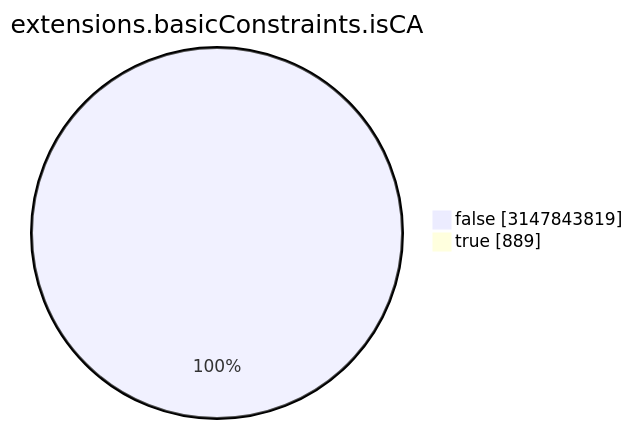
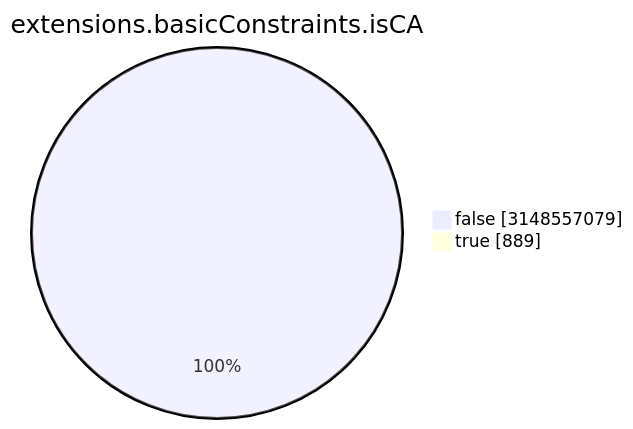
One commit to christiankrug/ctmonitor_visualization changed the seventh of 15 diagrams in TOTAL/README.md. Above: the diagram before and after it, drawn with Mermaid. The commit also changed other lines of this file, not shown here.

````diff
--- a/TOTAL/README.md
+++ b/TOTAL/README.md
@@ -3088,6 +3088,6 @@
 ```mermaid
 pie showData
 title extensions.basicConstraints.isCA
-"false" :3147843819
+"false" :3148557079
 "true" :889
 ```
````
